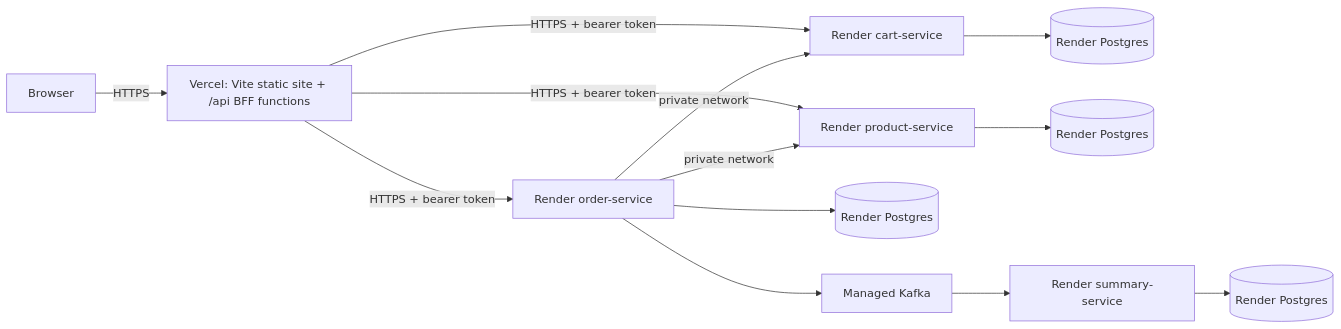
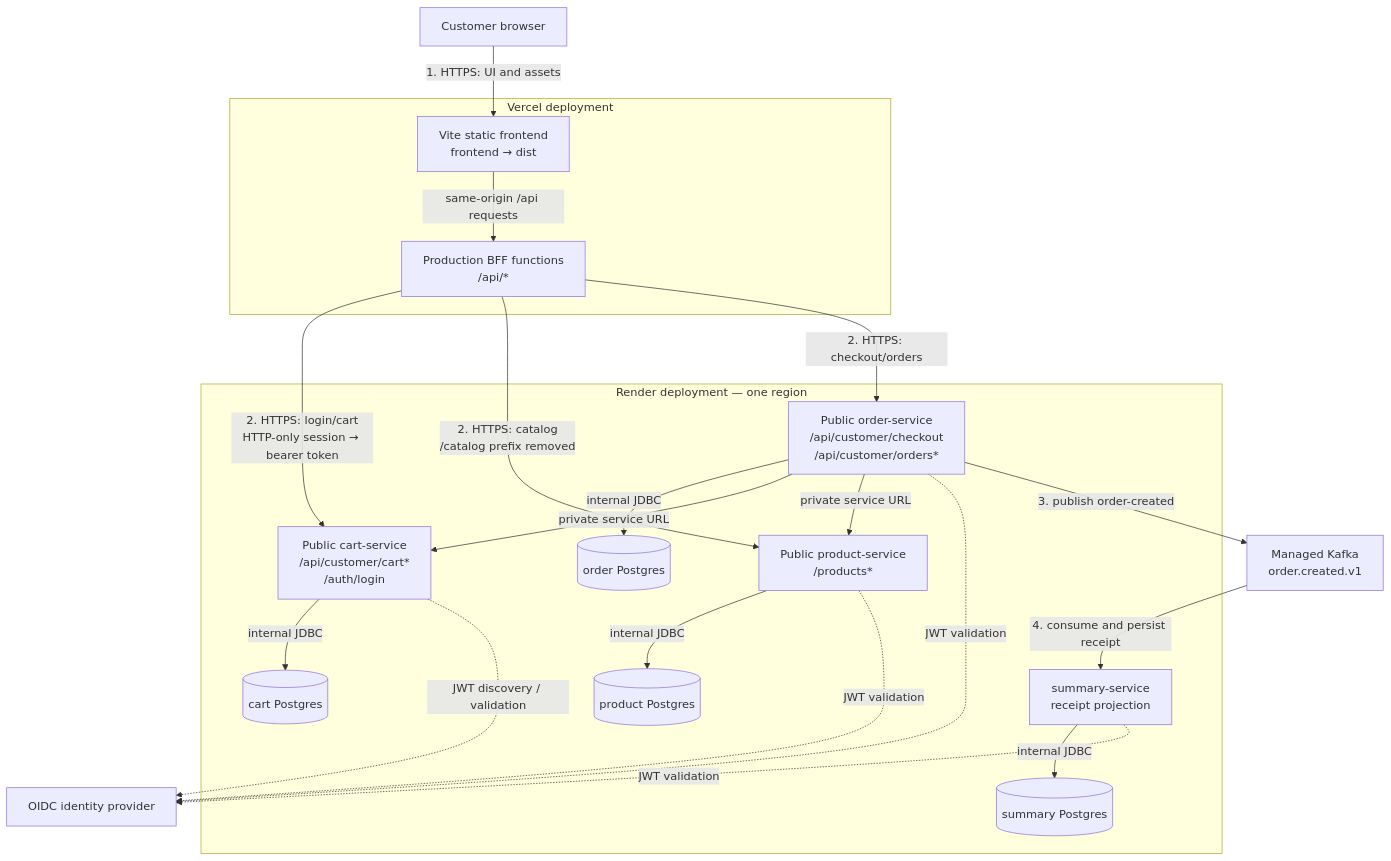
One commit to tukue/grocery-microservices changed the diagram in docs/DEPLOYMENT_RENDER_VERCEL.md. Above: the diagram before and after it, drawn with Mermaid. The commit also changed other lines of this file, not shown here.

Commit message:
docs: show frontend and backend deployment integration

````diff
--- a/docs/DEPLOYMENT_RENDER_VERCEL.md
+++ b/docs/DEPLOYMENT_RENDER_VERCEL.md
@@ -9,15 +9,43 @@
 ```mermaid
-flowchart LR
-  Browser -->|HTTPS| Vercel[Vercel: Vite static site + /api BFF functions]
-  Vercel -->|HTTPS + bearer token| Cart[Render cart-service]
-  Vercel -->|HTTPS + bearer token| Product[Render product-service]
-  Vercel -->|HTTPS + bearer token| Order[Render order-service]
-  Order -->|private network| Cart
-  Order -->|private network| Product
-  Cart --> CartDb[(Render Postgres)]
-  Product --> ProductDb[(Render Postgres)]
-  Order --> OrderDb[(Render Postgres)]
-  Order --> Kafka[Managed Kafka]
-  Kafka --> Summary[Render summary-service]
-  Summary --> SummaryDb[(Render Postgres)]
+flowchart TB
+  Browser[Customer browser]
+  IdP[OIDC identity provider]
+
+  subgraph Vercel["Vercel deployment"]
+    Static["Vite static frontend\nfrontend → dist"]
+    Bff["Production BFF functions\n/api/*"]
+    Static -->|same-origin /api requests| Bff
+  end
+
+  subgraph Render["Render deployment — one region"]
+    Cart["Public cart-service\n/api/customer/cart*\n/auth/login"]
+    Product["Public product-service\n/products*"]
+    Order["Public order-service\n/api/customer/checkout\n/api/customer/orders*"]
+    Summary["summary-service\nreceipt projection"]
+
+    CartDb[(cart Postgres)]
+    ProductDb[(product Postgres)]
+    OrderDb[(order Postgres)]
+    SummaryDb[(summary Postgres)]
+
+    Cart -->|internal JDBC| CartDb
+    Product -->|internal JDBC| ProductDb
+    Order -->|internal JDBC| OrderDb
+    Summary -->|internal JDBC| SummaryDb
+    Order -->|private service URL| Cart
+    Order -->|private service URL| Product
+  end
+
+  Kafka[Managed Kafka\norder.created.v1]
+
+  Browser -->|1. HTTPS: UI and assets| Static
+  Bff -->|2. HTTPS: login/cart\nHTTP-only session → bearer token| Cart
+  Bff -->|2. HTTPS: catalog\n/catalog prefix removed| Product
+  Bff -->|2. HTTPS: checkout/orders| Order
+  Cart -.->|JWT discovery / validation| IdP
+  Product -.->|JWT validation| IdP
+  Order -.->|JWT validation| IdP
+  Summary -.->|JWT validation| IdP
+  Order -->|3. publish order-created| Kafka
+  Kafka -->|4. consume and persist receipt| Summary
 ```
````
